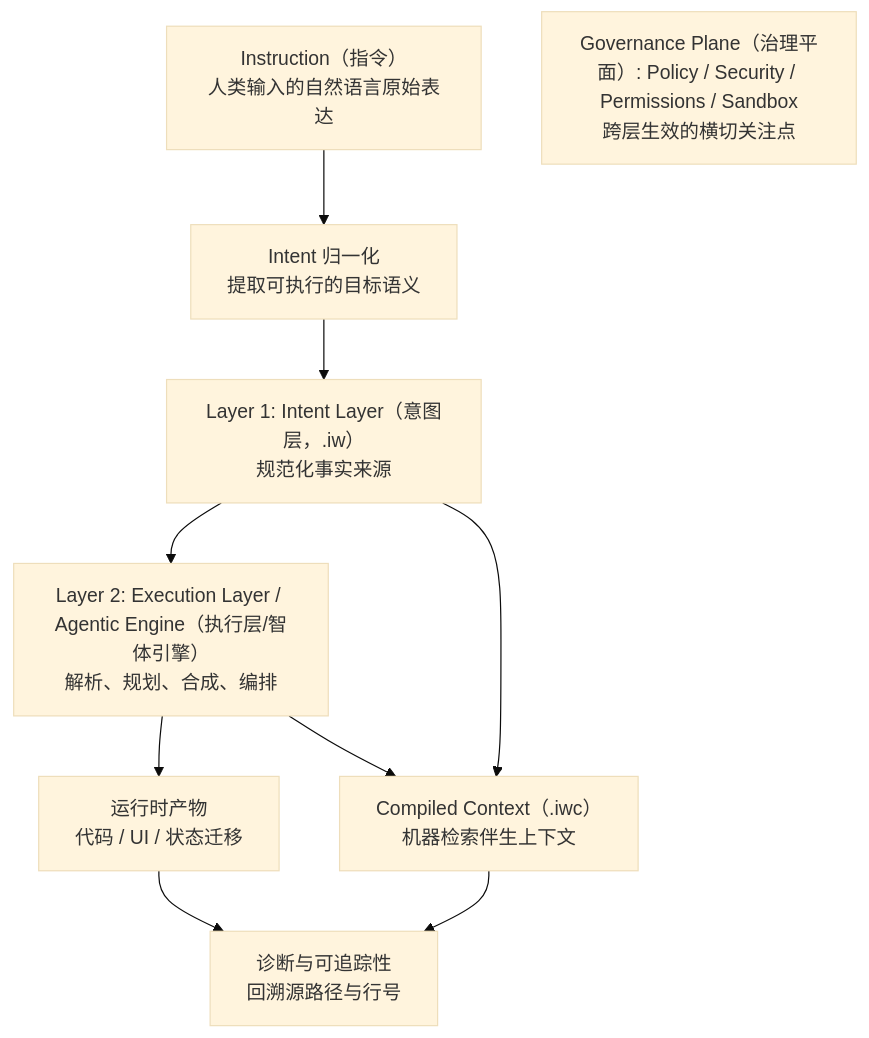
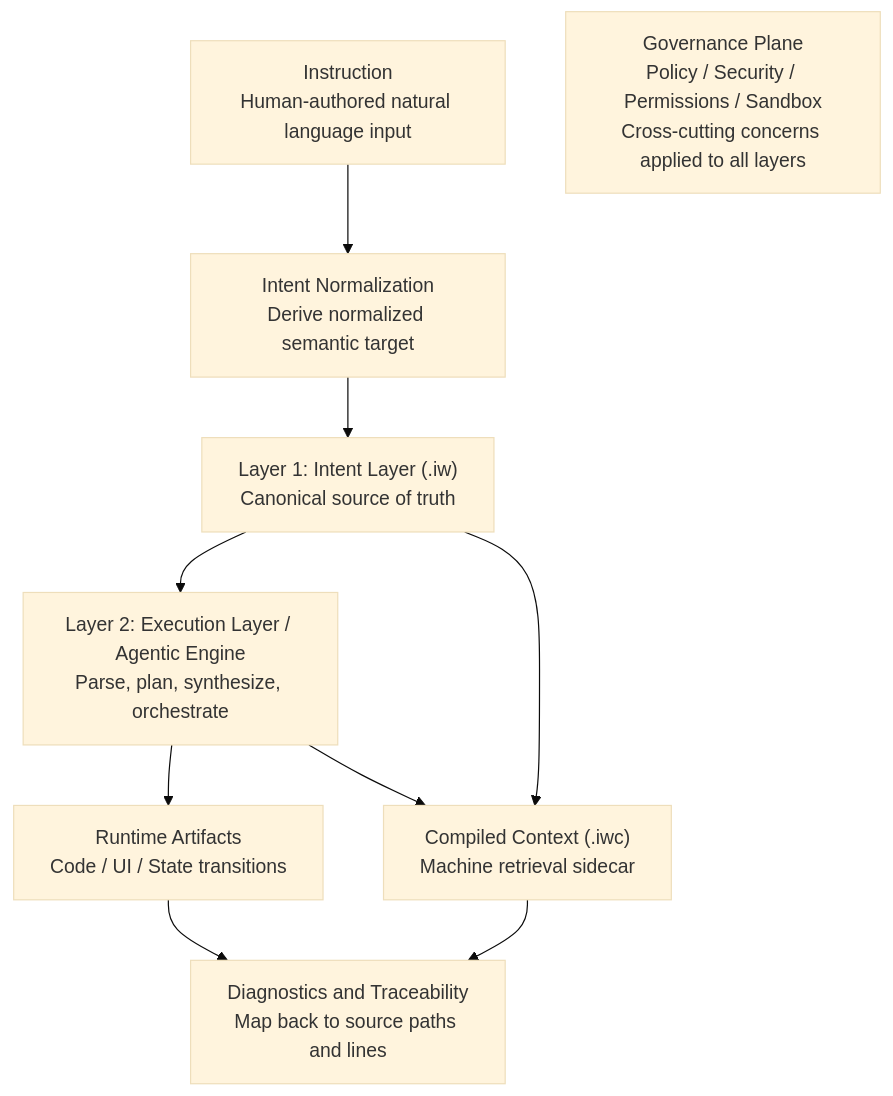
One commit to InstructWare/instructware.org changed the diagram in protocol/IWP-v1-zh.md. Above: the diagram before and after it, drawn with Mermaid (base theme). The commit also changed other lines of this file and 137 other files, not shown here.

````diff
--- a/protocol/IWP-v1-zh.md
+++ b/protocol/IWP-v1-zh.md
@@ -83,19 +85,19 @@
 ```mermaid
 flowchart TB
-    I[Instruction（指令）<br/>人类输入的自然语言原始表达]
-    N[Intent 归一化<br/>提取可执行的目标语义]
-    L1[Layer 1: Intent Layer（意图层，.iw）<br/>规范化事实来源]
-    L2[Layer 2: Execution Layer / Agentic Engine（执行层/智体引擎）<br/>解析、规划、合成、编排]
-    R1[运行时产物<br/>代码 / UI / 状态迁移]
-    R2[Compiled Context（.iwc）<br/>机器检索伴生上下文]
-    D[诊断与可追踪性<br/>回溯源路径与行号]
+    I["Instruction<br/>Human-authored natural language input"]
+    N["Intent Normalization<br/>Derive normalized semantic target"]
+    L1["Layer 1: Intent Layer (.iw)<br/>Canonical source of truth"]
+    L2["Layer 2: Execution Layer / Agentic Engine<br/>Parse, plan, synthesize, orchestrate"]
+    R1["Runtime Artifacts<br/>Code / UI / State transitions"]
+    R2["Compiled Context (.iwc)<br/>Machine retrieval sidecar"]
+    D["Diagnostics and Traceability<br/>Map back to source paths and lines"]
 
     I --> N --> L1 --> L2
     L2 --> R1
     L1 --> R2
     L2 --> R2
     R1 --> D
     R2 --> D
 
-    G[Governance Plane（治理平面）: Policy / Security / Permissions / Sandbox<br/>跨层生效的横切关注点]
+    G["Governance Plane<br/>Policy / Security / Permissions / Sandbox<br/>Cross-cutting concerns applied to all layers"]
 ```
````
